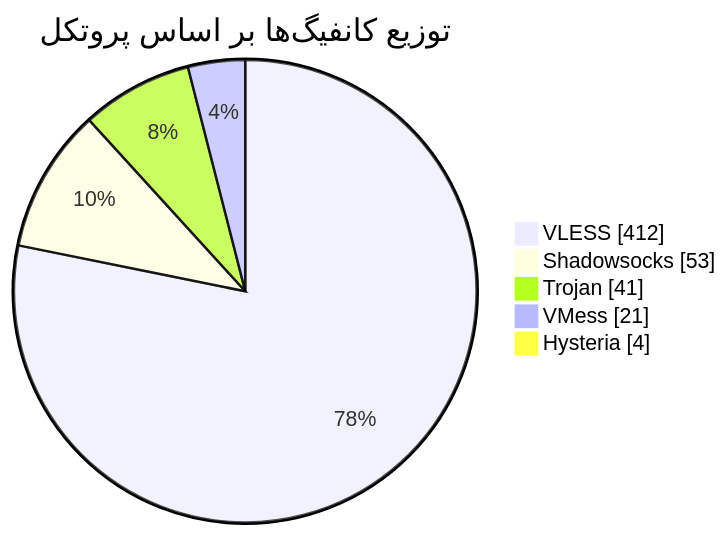
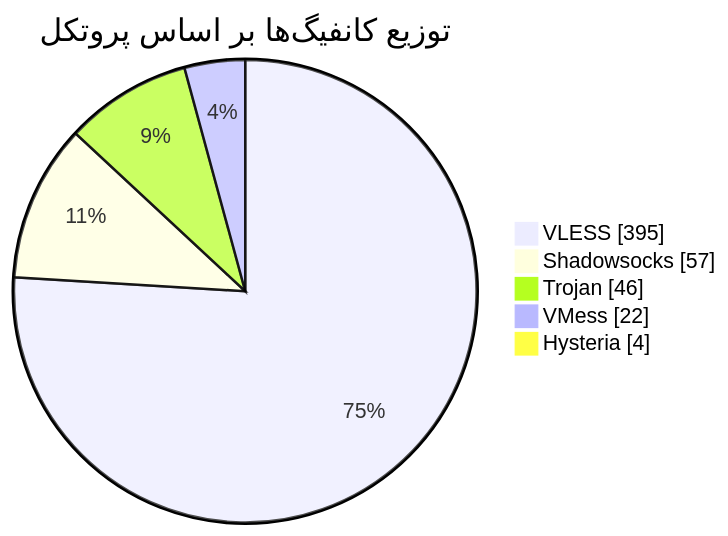
Before and after one commit to Arian-Alijani/Somthing: the diagram in README.md, drawn with Mermaid. The commit also changed other lines of this file and 77 other files, not shown here.

````diff
--- a/README.md
+++ b/README.md
@@ -47,9 +47,9 @@
 ```mermaid
 pie showData
     title توزیع کانفیگ‌ها بر اساس پروتکل
-    "VLESS" : 412
-    "Shadowsocks" : 53
-    "Trojan" : 41
-    "VMess" : 21
+    "VLESS" : 395
+    "Shadowsocks" : 57
+    "Trojan" : 46
+    "VMess" : 22
     "Hysteria" : 4
 ```
````
